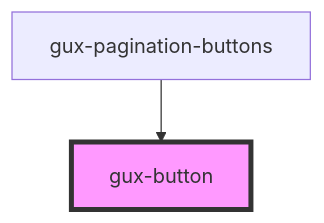
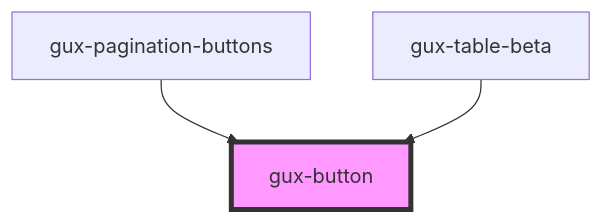
The diagram in src/components/stable/gux-button/readme.md (MyPureCloud/genesys-spark), drawn with Mermaid before and after one commit. The commit also changed other lines of this file and 3 other files, not shown here.

First line of the commit message:
fix(gux-table): fixed style to align with Spark

````diff
--- a/src/components/stable/gux-button/readme.md
+++ b/src/components/stable/gux-button/readme.md
@@ -27,5 +28,6 @@
 ```mermaid
 graph TD;
   gux-pagination-buttons --> gux-button
+  gux-table-beta --> gux-button
   style gux-button fill:#f9f,stroke:#333,stroke-width:4px
 ```
````
